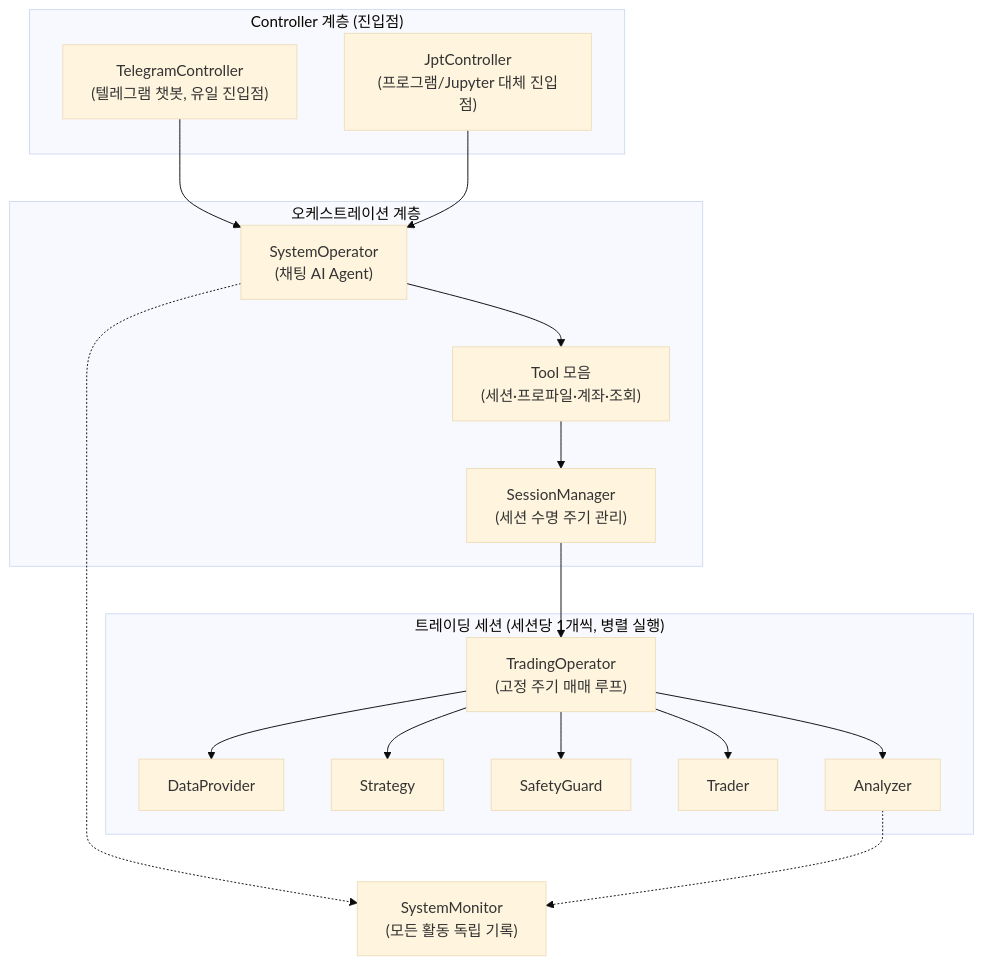
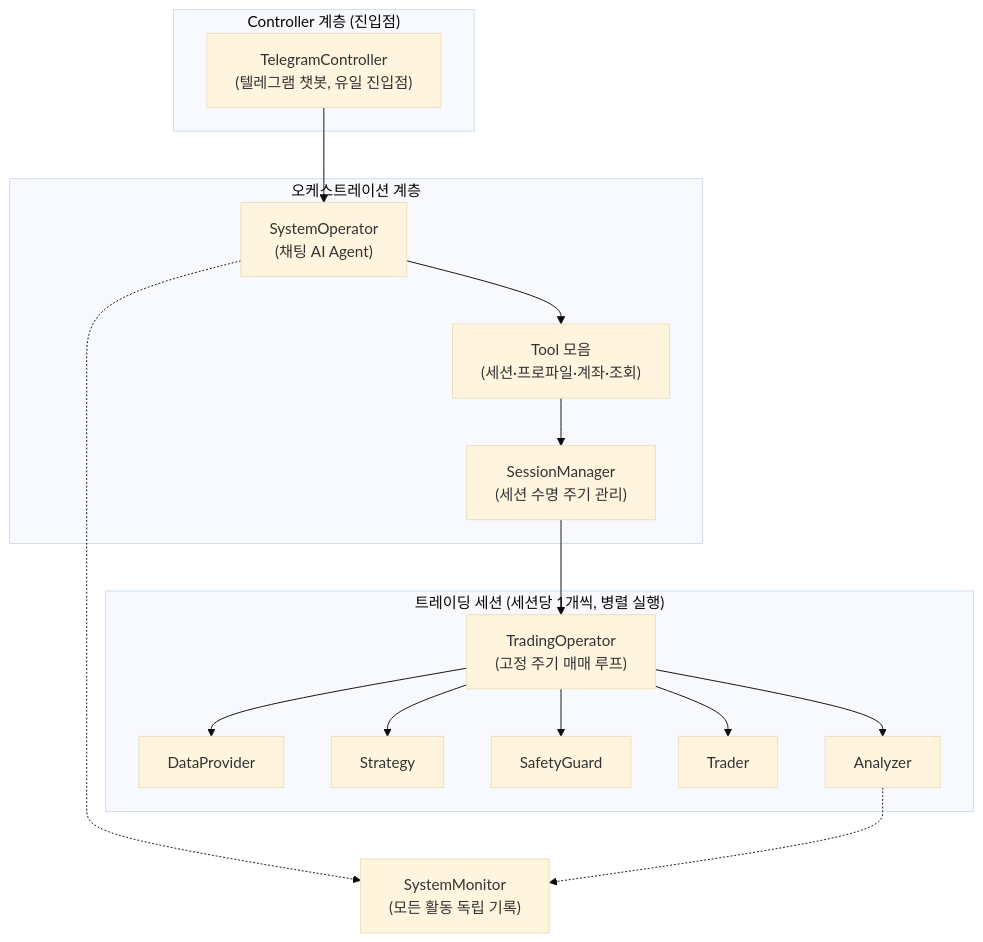
Before and after one commit to msaltnet/smtm: the diagram in docs/wiki/SMTM_프로젝트_소개.md, drawn with Mermaid (base theme). The commit also changed other lines of this file and 14 other files, not shown here.

Commit message:
refactor: remove Jupyter controller

````diff
--- a/docs/wiki/SMTM_프로젝트_소개.md
+++ b/docs/wiki/SMTM_프로젝트_소개.md
@@ -45,36 +45,34 @@
 ```mermaid
 flowchart TD
     subgraph UI["Controller 계층 (진입점)"]
         TG["TelegramController<br/>(텔레그램 챗봇, 유일 진입점)"]
-        JPT["JptController<br/>(프로그램/Jupyter 대체 진입점)"]
     end
 
     subgraph ORCH["오케스트레이션 계층"]
         SO["SystemOperator<br/>(채팅 AI Agent)"]
         TOOLS["Tool 모음<br/>(세션·프로파일·계좌·조회)"]
         SM["SessionManager<br/>(세션 수명 주기 관리)"]
     end
 
     subgraph SESSION["트레이딩 세션 (세션당 1개씩, 병렬 실행)"]
         TO["TradingOperator<br/>(고정 주기 매매 루프)"]
         DP["DataProvider"]
         ST["Strategy"]
         SG["SafetyGuard"]
         TR["Trader"]
         AN["Analyzer"]
     end
 
     MON["SystemMonitor<br/>(모든 활동 독립 기록)"]
 
     TG --> SO
-    JPT --> SO
     SO --> TOOLS --> SM
     SM --> TO
     TO --> DP
     TO --> ST
     TO --> SG
     TO --> TR
     TO --> AN
     SO -.-> MON
     AN -.-> MON
 ```
````
